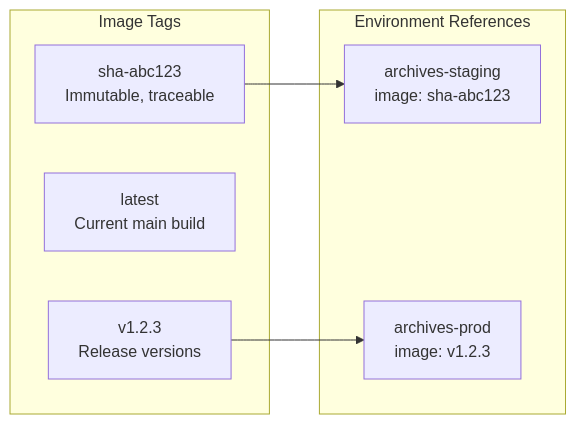
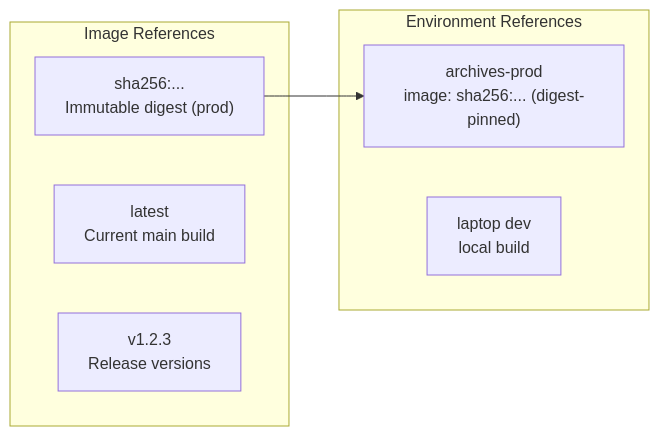
The fourth of 5 diagrams in src/content/diagrams/cicd-pipeline.md (viktorrobin/bluerobin-blog), drawn with Mermaid before and after one commit. The commit also changed other lines of this file and 5 other files, not shown here.

First line of the commit message:
content: reflect prod-only collapse in architecture diagrams (ADR-034) (#3)

````diff
--- a/src/content/diagrams/cicd-pipeline.md
+++ b/src/content/diagrams/cicd-pipeline.md
@@ -150,16 +141,15 @@
 ```mermaid
 flowchart LR
-    subgraph Tags["Image Tags"]
-        SHA["sha-abc123<br/>Immutable, traceable"]
+    subgraph Tags["Image References"]
+        Digest["sha256:...<br/>Immutable digest (prod)"]
         Latest["latest<br/>Current main build"]
         Semver["v1.2.3<br/>Release versions"]
     end
 
     subgraph Environments["Environment References"]
-        Staging["archives-staging<br/>image: sha-abc123"]
-        Prod["archives-prod<br/>image: v1.2.3"]
+        Prod["archives-prod<br/>image: sha256:... (digest-pinned)"]
+        Dev["laptop dev<br/>local build"]
     end
 
-    SHA --> Staging
-    Semver --> Prod
+    Digest --> Prod
 ```
````
